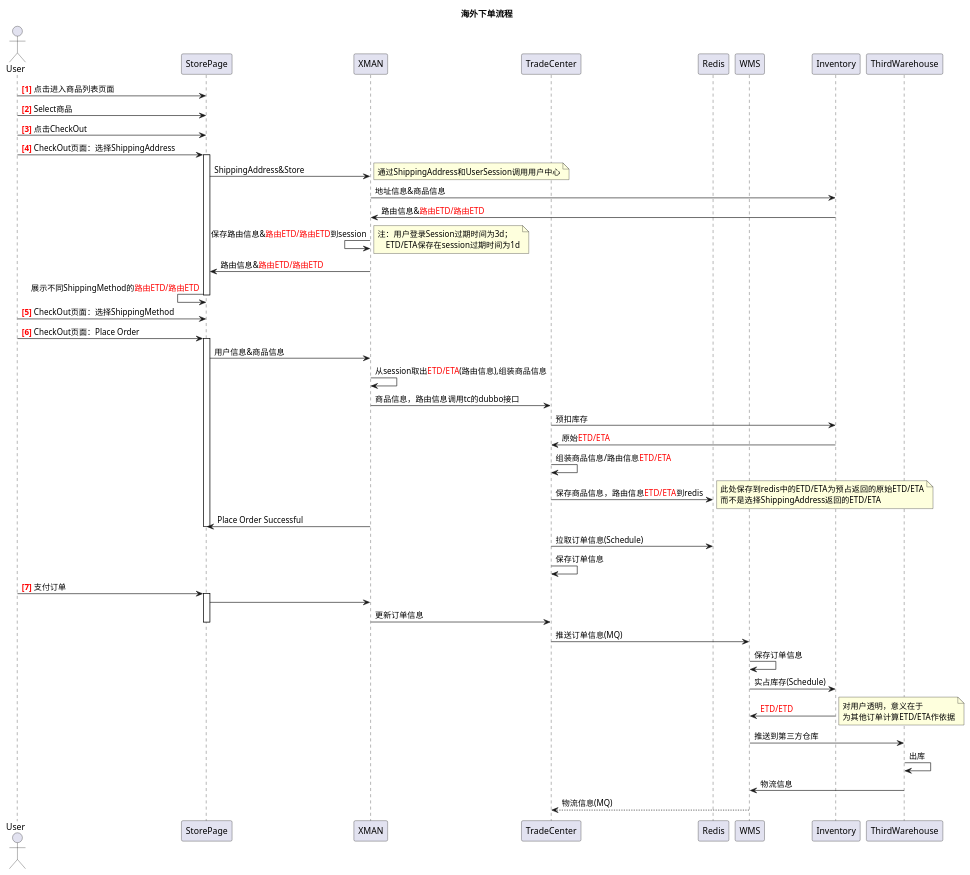
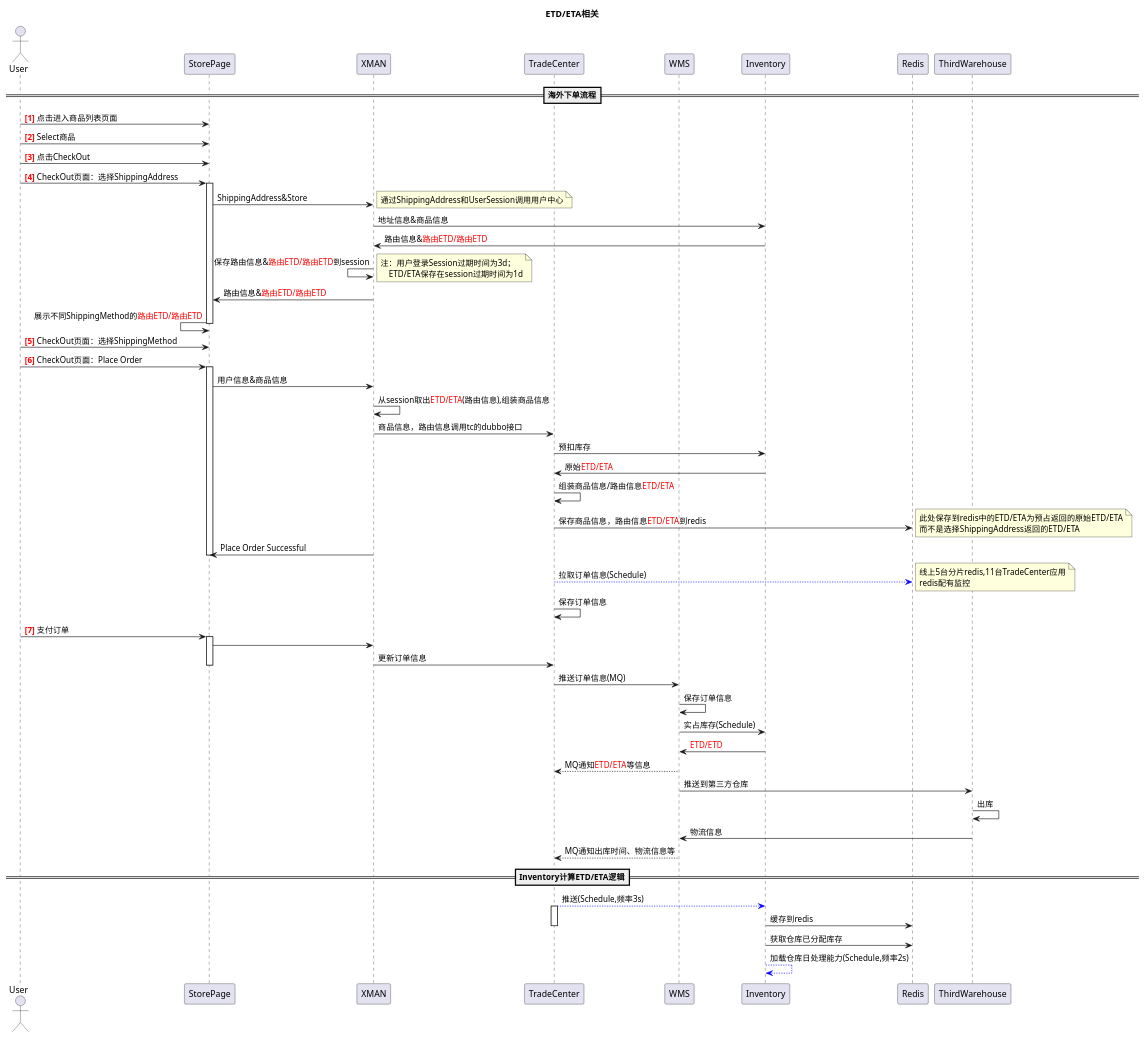
Before and after one commit to newbigTech/myDesignPattern: the diagram in uml/wms/etd&eta.puml, drawn with PlantUML. The commit also changed 2 other files, not shown here.

Commit message:
uml图

```diff
--- a/uml/wms/etd&eta.puml
+++ b/uml/wms/etd&eta.puml
@@ -1,89 +1,97 @@
 @startuml
 actor User
 participant StorePage as pageInfo
 participant XMAN as xman
 participant TradeCenter as tc
-participant Redis as redis
 participant WMS as wms
 participant Inventory as inv
+participant Redis as redis
 participant ThirdWarehouse as warehouse
 '== 订单列表展示etd/eta ==
 'User-> pageInfo:查看
 '
 '== 订单详情页展示etd/eta ==
 '
 '== checkout页面展示etd ==
 'User        ->      pageInfo    :checkOut订单
 'User        ->      pageInfo    :选择地址
 'pageInfo    ->      xman        :地址信息&商品信息
 'xman        ->      inv         :
 '== 下单成功页面展示etd ==
 '
 '== 商品详情页展示etd	 ==
 '
 '
 'newpage 海外下单流程
-title 海外下单流程
+title ETD/ETA相关
+==海外下单流程==
 User        ->  pageInfo:<font color=red><b>[1] </font>点击进入商品列表页面
 User        ->  pageInfo:<font color=red><b>[2] </font>Select商品
 User        ->  pageInfo:<font color=red><b>[3] </font>点击CheckOut
 User        ->  pageInfo:<font color=red><b>[4] </font>CheckOut页面：选择ShippingAddress
 activate pageInfo
 pageInfo    ->  xman    :ShippingAddress&Store
 note right
 通过ShippingAddress和UserSession调用用户中心
 end note
 xman        ->  inv     :地址信息&商品信息
 xman        <-  inv     :路由信息&<font color=red>路由ETD/路由ETD
 xman        <-  xman    :保存路由信息&<font color=red>路由ETD/路由ETD</font>到session
 note right
 注：用户登录Session过期时间为3d；
     ETD/ETA保存在session过期时间为1d
 end note
 pageInfo    <-  xman    :路由信息&<font color=red>路由ETD/路由ETD
 pageInfo    <-  pageInfo:展示不同ShippingMethod的<font color=red>路由ETD/路由ETD
 deactivate pageInfo
 
 User        ->  pageInfo:<font color=red><b>[5] </font>CheckOut页面：选择ShippingMethod
 User        ->  pageInfo:<font color=red><b>[6] </font>CheckOut页面：Place Order
 
 activate pageInfo
 pageInfo    ->  xman    :用户信息&商品信息
 
 xman        ->  xman    :从session取出<font color=red>ETD/ETA</font>(路由信息),组装商品信息
 xman        ->  tc      :商品信息，路由信息调用tc的dubbo接口
 tc          ->  inv     :预扣库存
 inv         ->  tc      :原始<font color=red>ETD/ETA
 tc          ->  tc      :组装商品信息/路由信息<font color=red>ETD/ETA
 tc          ->  redis   :保存商品信息，路由信息<font color=red>ETD/ETA</font>到redis
 note right
 此处保存到redis中的ETD/ETA为预占返回的原始ETD/ETA
 而不是选择ShippingAddress返回的ETD/ETA
 end note
 pageInfo    <-  xman    :Place Order Successful
 
 deactivate pageInfo
 
-tc          ->  redis   :拉取订单信息(Schedule)
+tc          --[#0000FF]>  redis   :拉取订单信息(Schedule)
+note right
+线上5台分片redis,11台TradeCenter应用
+redis配有监控
+end note
 tc          ->  tc      :保存订单信息
 User        ->  pageInfo:<font color=red><b>[7] </font>支付订单
 activate pageInfo
 pageInfo    ->  xman
 xman        ->  tc      :更新订单信息
 deactivate pageInfo
 tc          ->  wms     :推送订单信息(MQ)
 
 wms        ->  wms      :保存订单信息
 wms        ->  inv      :实占库存(Schedule)
 wms        <-  inv     :<font color=red>ETD/ETD
-note right
-对用户透明，意义在于
-为其他订单计算ETD/ETA作依据
-end note
+wms        --> tc       :MQ通知<font color=red>ETD/ETA</font>等信息
 
 wms         ->  warehouse     :推送到第三方仓库
 warehouse   ->  warehouse     :出库
 warehouse   ->  wms     :物流信息
-wms         -->  tc      :物流信息(MQ)
-
+wms         -->  tc      :MQ通知出库时间、物流信息等
+==Inventory计算ETD/ETA逻辑==
+tc--[#0000FF]>inv:推送(Schedule,频率3s)
+activate tc
+inv->redis:缓存到redis
+deactivate tc
+inv->redis:获取仓库已分配库存
+inv--[#0000FF]>inv:加载仓库日处理能力(Schedule,频率2s)
 @enduml
```
